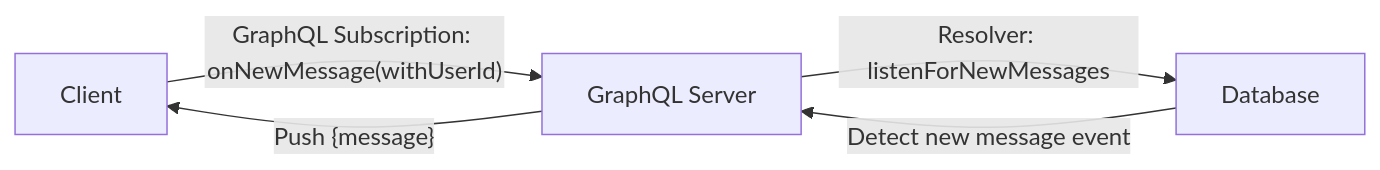
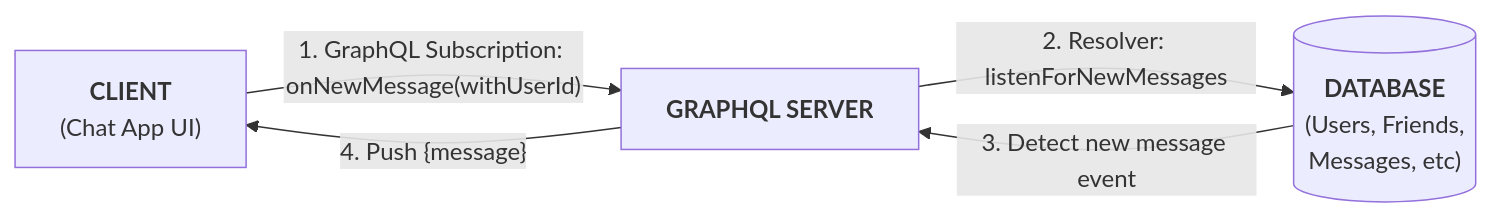
Before and after one commit to kaga0008/CST8916_Assignment_1: the sixth of 7 diagrams in README.md, drawn with Mermaid. The commit also changed other lines of this file, not shown here.

Commit message:
Editing, diagram updating/merging, trimming of superfluous content

````diff
--- a/README.md
+++ b/README.md
@@ -272,8 +89,8 @@
 ```mermaid
 flowchart LR
-    C[Client] -->|"GraphQL Subscription: onNewMessage(withUserId)"| S[GraphQL Server]
-    S -->|"Resolver: listenForNewMessages"| D[Database]
-    D -->|"Detect new message event"| S
-    S -->|"Push {message}"| C
+    C["<b>CLIENT</b></br>(Chat App UI)"] -->|"1. GraphQL Subscription: onNewMessage(withUserId)"| S[<b>GRAPHQL SERVER</b>]
+    S -->|"2. Resolver: listenForNewMessages"| D[("<b>DATABASE</b><br/>(Users, Friends, </br>Messages, etc)")]
+    D -->|"3. Detect new message event"| S
+    S -->|"4. Push {message}"| C
 
 ```
````
